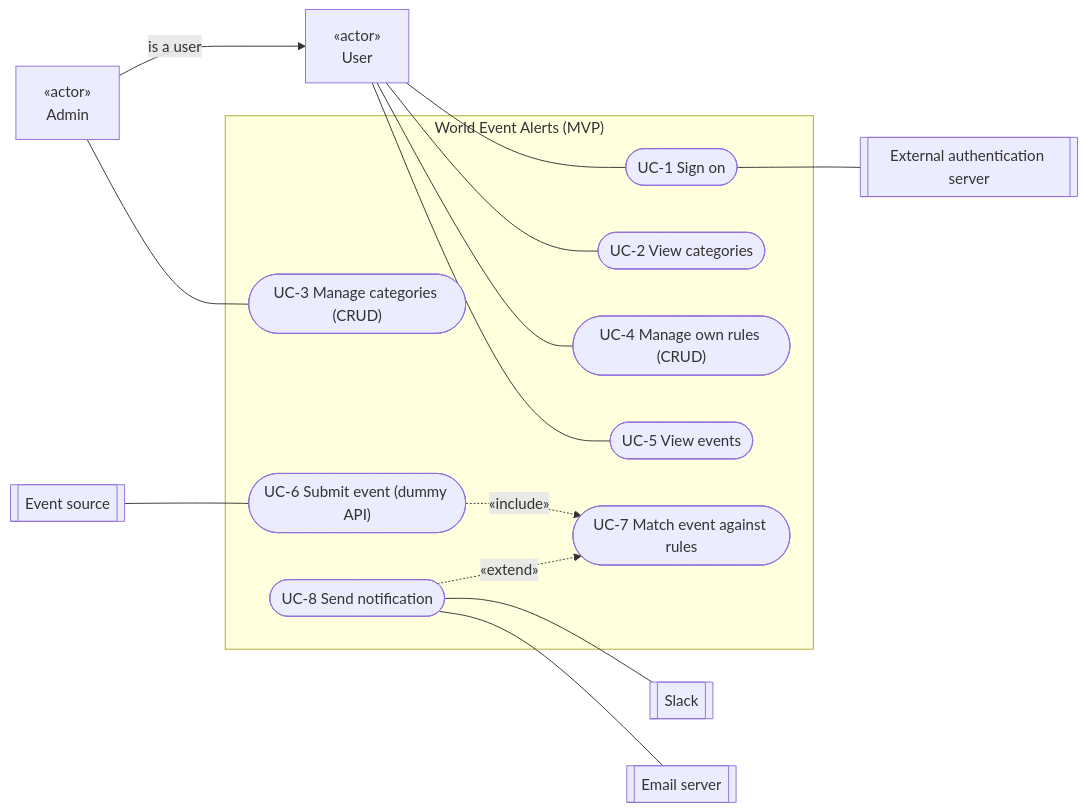
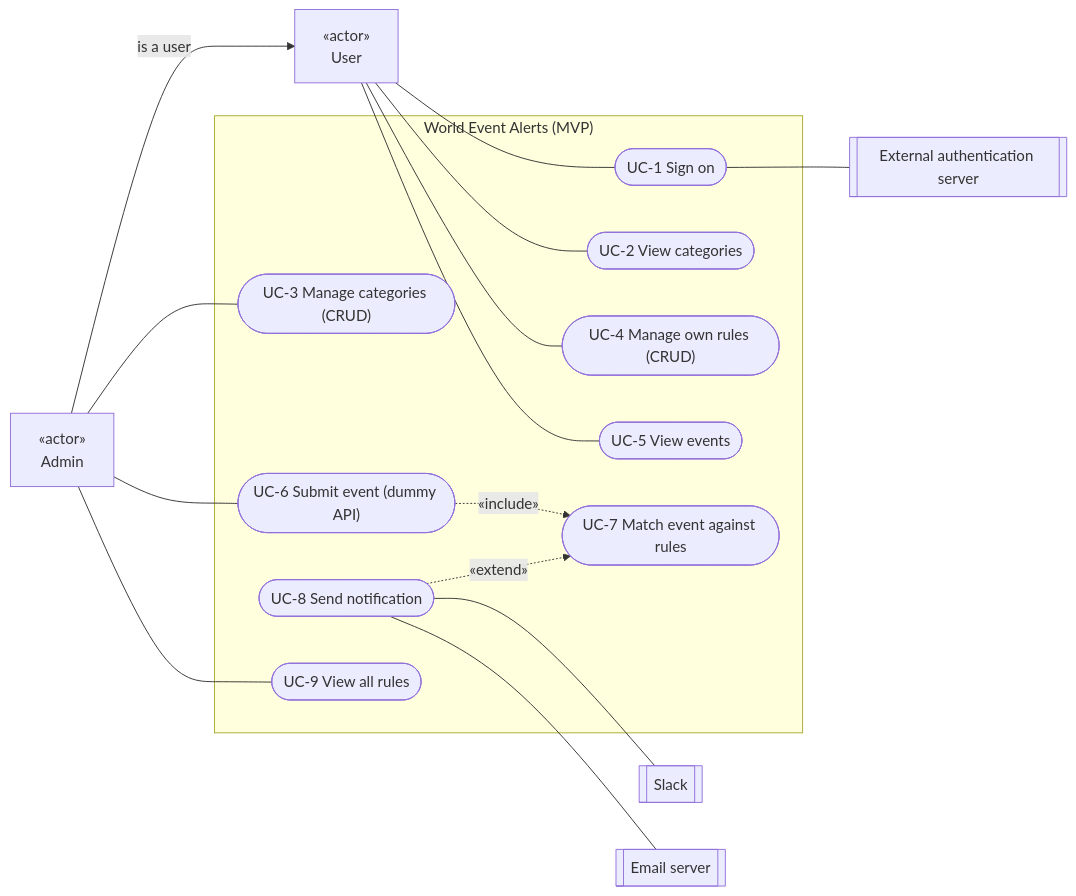
Before and after one commit to pinyoke55558/sonrisa-task: the diagram in 01-requirements.md, drawn with Mermaid. The commit also changed other lines of this file and 1 other file, not shown here.

Commit message:
docs(02-architecture-plan): add api design

````diff
--- a/01-requirements.md
+++ b/01-requirements.md
@@ -91,30 +91,29 @@
 ```mermaid
 flowchart LR
     User["«actor»<br/>User"]
     Admin["«actor»<br/>Admin"]
     Admin -- "is a user" --> User
 
     subgraph SYS["World Event Alerts (MVP)"]
         UC1(["UC-1 Sign on"])
         UC2(["UC-2 View categories"])
         UC3(["UC-3 Manage categories (CRUD)"])
         UC4(["UC-4 Manage own rules (CRUD)"])
         UC5(["UC-5 View events"])
         UC6(["UC-6 Submit event (dummy API)"])
         UC7(["UC-7 Match event against rules"])
         UC8(["UC-8 Send notification"])
+        UC9(["UC-9 View all rules"])
     end
 
     AUTH[["External authentication server"]]
-    SRC[["Event source"]]
     SLACK[["Slack"]]
     MAIL[["Email server"]]
 
     User --- UC1 & UC2 & UC4 & UC5
-    Admin --- UC3
+    Admin --- UC3 & UC6 & UC9
     UC1 --- AUTH
-    SRC --- UC6
     UC6 -. "«include»" .-> UC7
     UC8 -. "«extend»" .-> UC7
     UC8 --- SLACK & MAIL
 ```
````
